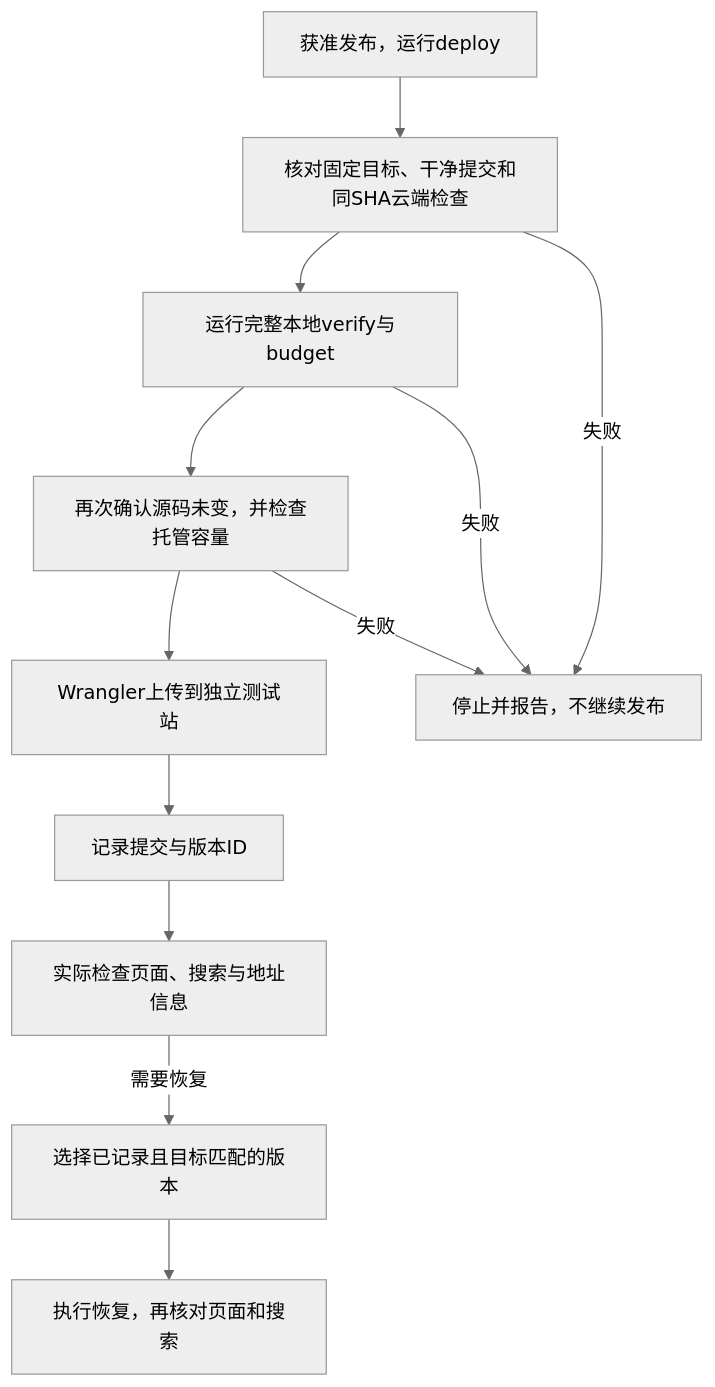
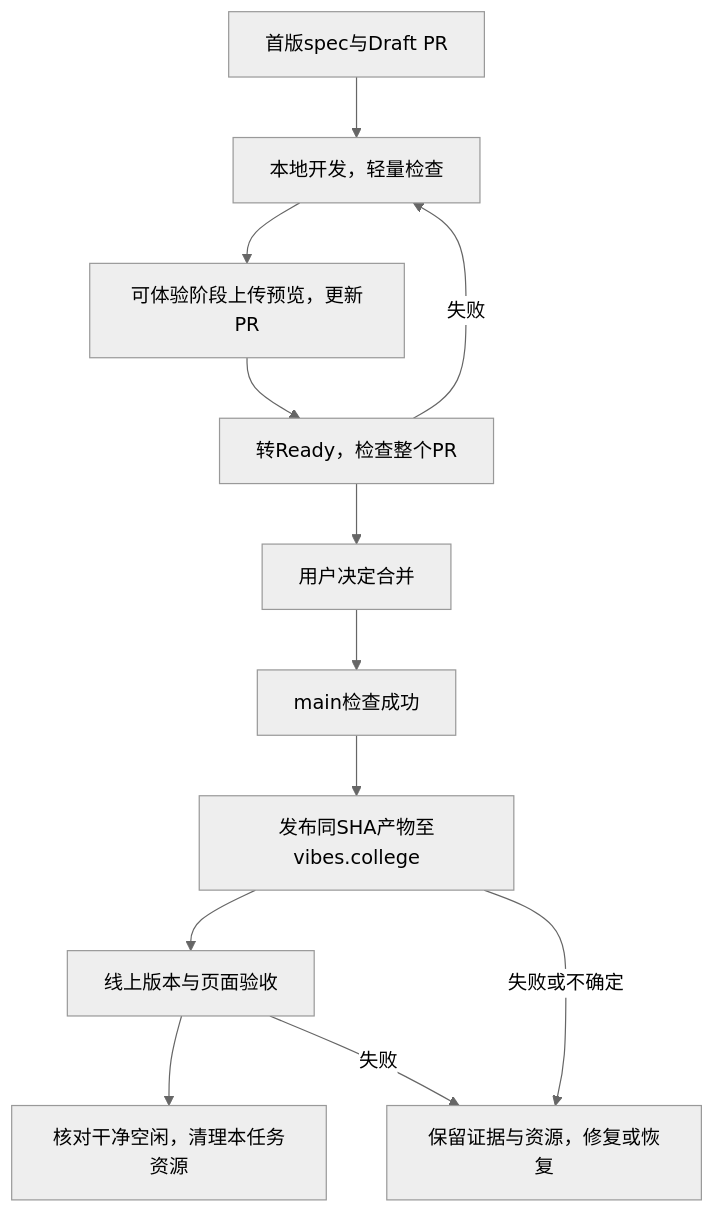
The diagram in docs/features/project-commands.md (Vibes-college/Vibes), drawn with Mermaid (neutral theme) before and after one commit. The commit also changed other lines of this file and 40 other files, not shown here.

````diff
--- a/docs/features/project-commands.md
+++ b/docs/features/project-commands.md
@@ -47,14 +54,14 @@
 ```mermaid
 flowchart TD
-  A[获准发布，运行deploy] --> B[核对固定目标、干净提交和同SHA云端检查]
-  B --> C[运行完整本地verify与budget]
-  C --> D[再次确认源码未变，并检查托管容量]
-  D --> E[Wrangler上传到独立测试站]
-  E --> F[记录提交与版本ID]
-  F --> G[实际检查页面、搜索与地址信息]
-  B -->|失败| X[停止并报告，不继续发布]
-  C -->|失败| X
-  D -->|失败| X
-  G -->|需要恢复| H[选择已记录且目标匹配的版本]
-  H --> I[执行恢复，再核对页面和搜索]
+  A[首版spec与Draft PR] --> B[本地开发，轻量检查]
+  B --> C[可体验阶段上传预览，更新PR]
+  C --> D[转Ready，检查整个PR]
+  D --> E[用户决定合并]
+  E --> F[main检查成功]
+  F --> G[发布同SHA产物至vibes.college]
+  G --> H[线上版本与页面验收]
+  H --> I[核对干净空闲，清理本任务资源]
+  D -->|失败| B
+  G -->|失败或不确定| J[保留证据与资源，修复或恢复]
+  H -->|失败| J
 ```
````
